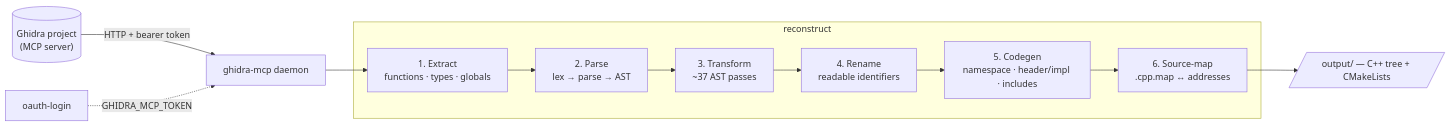
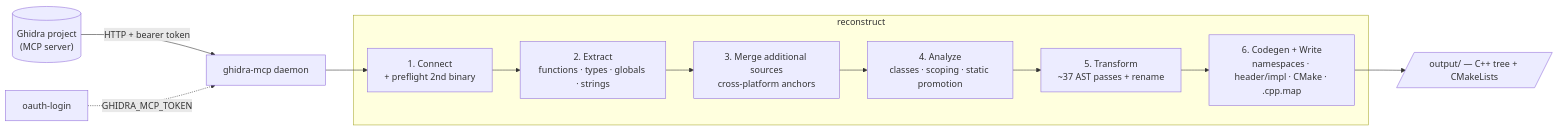
Before and after one commit to jaenster/ghidra-reconstruct: the diagram in README.md, drawn with Mermaid. The commit also changed other lines of this file and 3 other files, not shown here.

First line of the commit message:
cpp-parser: add early-return (guard-clause) transform + expand README

````diff
--- a/README.md
+++ b/README.md
@@ -17,17 +22,17 @@
 ```mermaid
 flowchart LR
   G[("Ghidra project<br/>(MCP server)")] -->|HTTP + bearer token| D[ghidra-mcp daemon]
   O[oauth-login] -.->|GHIDRA_MCP_TOKEN| D
-  D --> E
+  D --> C
 
   subgraph reconstruct
-    E[1. Extract<br/>functions · types · globals] --> P
-    P[2. Parse<br/>lex → parse → AST] --> T
-    T[3. Transform<br/>~37 AST passes] --> R
-    R[4. Rename<br/>readable identifiers] --> C
-    C[5. Codegen<br/>namespace · header/impl · includes] --> M
-    M[6. Source-map<br/>.cpp.map ↔ addresses]
+    C[1. Connect<br/>+ preflight 2nd binary] --> E
+    E[2. Extract<br/>functions · types · globals · strings] --> M
+    M[3. Merge additional sources<br/>cross-platform anchors] --> A
+    A[4. Analyze<br/>classes · scoping · static promotion] --> T
+    T[5. Transform<br/>~37 AST passes + rename] --> CG
+    CG[6. Codegen + Write<br/>namespaces · header/impl · CMake · .cpp.map]
   end
 
-  M --> OUT[/"output/ — C++ tree + CMakeLists"/]
+  CG --> OUT[/"output/ — C++ tree + CMakeLists"/]
 ```
````
